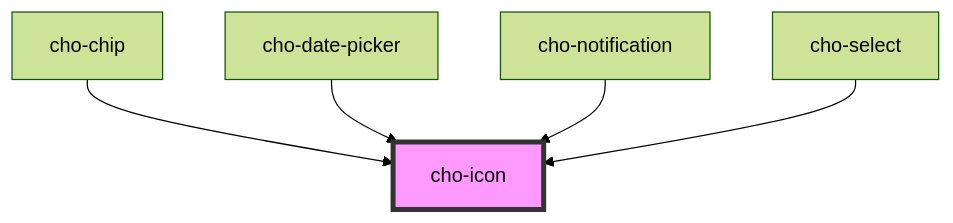
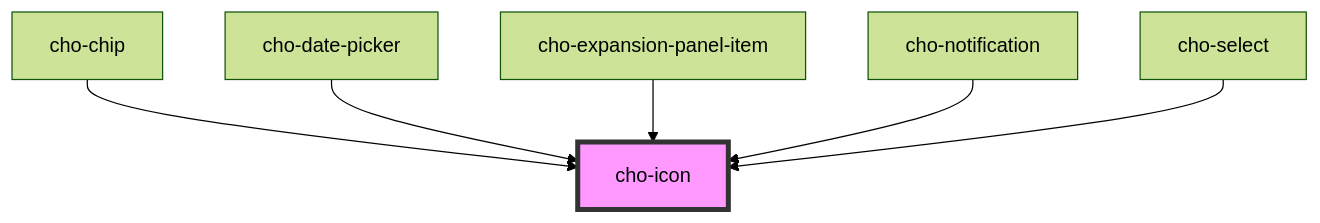
The diagram in packages/cho-components/src/components/data-display/icon/readme.md (razvangeangu/cho-design-system), drawn with Mermaid (forest theme) before and after one commit. The commit also changed other lines of this file and 23 other files, not shown here.

Commit message:
feat(#24): add expansion panel implementation

````diff
--- a/packages/cho-components/src/components/data-display/icon/readme.md
+++ b/packages/cho-components/src/components/data-display/icon/readme.md
@@ -26,8 +27,9 @@
 ```mermaid
 graph TD;
   cho-chip --> cho-icon
   cho-date-picker --> cho-icon
+  cho-expansion-panel-item --> cho-icon
   cho-notification --> cho-icon
   cho-select --> cho-icon
   style cho-icon fill:#f9f,stroke:#333,stroke-width:4px
 ```
````
